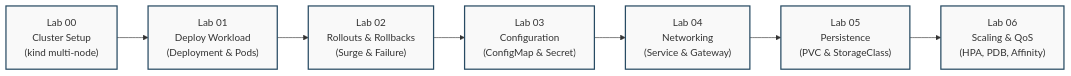
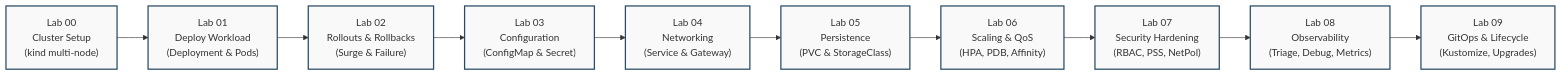
Before and after one commit to darshan-raul/cloudnative-wiki: the diagram in content/Kubernetes/labs/index.md, drawn with Mermaid. The commit also changed other lines of this file and 11 other files, not shown here.

````diff
--- a/content/Kubernetes/labs/index.md
+++ b/content/Kubernetes/labs/index.md
@@ -14,12 +14,15 @@
 ```mermaid
 flowchart LR
     L00["Lab 00<br/>Cluster Setup<br/>(kind multi-node)"] --> L01["Lab 01<br/>Deploy Workload<br/>(Deployment & Pods)"]
     L01 --> L02["Lab 02<br/>Rollouts & Rollbacks<br/>(Surge & Failure)"]
     L02 --> L03["Lab 03<br/>Configuration<br/>(ConfigMap & Secret)"]
     L03 --> L04["Lab 04<br/>Networking<br/>(Service & Gateway)"]
     L04 --> L05["Lab 05<br/>Persistence<br/>(PVC & StorageClass)"]
     L05 --> L06["Lab 06<br/>Scaling & QoS<br/>(HPA, PDB, Affinity)"]
+    L06 --> L07["Lab 07<br/>Security Hardening<br/>(RBAC, PSS, NetPol)"]
+    L07 --> L08["Lab 08<br/>Observability<br/>(Triage, Debug, Metrics)"]
+    L08 --> L09["Lab 09<br/>GitOps & Lifecycle<br/>(Kustomize, Upgrades)"]
 
     classDef lab fill:#f9f9f9,stroke:#284b63,stroke-width:2px;
-    class L00,L01,L02,L03,L04,L05,L06 lab;
+    class L00,L01,L02,L03,L04,L05,L06,L07,L08,L09 lab;
 ```
````
